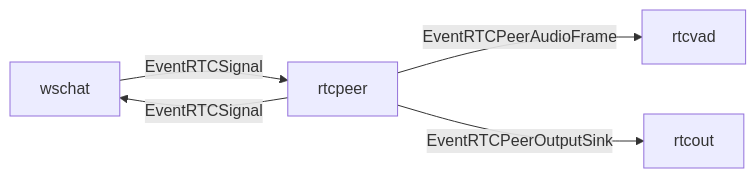
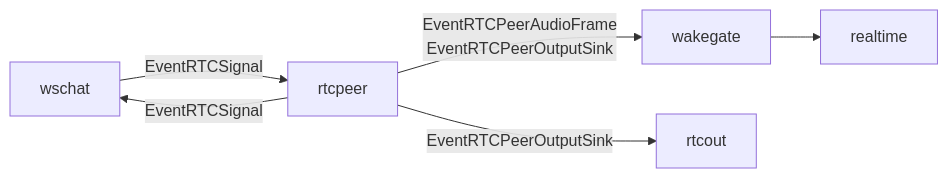
One commit to tetetratra/smart-speaker changed the diagram in docs/components/rtcpeer.md. Above: the diagram before and after it, drawn with Mermaid. The commit also changed other lines of this file and 56 other files, not shown here.

````diff
--- a/docs/components/rtcpeer.md
+++ b/docs/components/rtcpeer.md
@@ -53,7 +53,8 @@
 ```mermaid
 flowchart LR
   WS["wschat"] -->|"EventRTCSignal"| RTCPeer["rtcpeer"]
   RTCPeer -->|"EventRTCSignal"| WS
-  RTCPeer -->|"EventRTCPeerAudioFrame"| VAD["rtcvad"]
+  RTCPeer -->|"EventRTCPeerAudioFrame<br/>EventRTCPeerOutputSink"| Wake["wakegate"]
+  Wake --> RT["realtime"]
   RTCPeer -->|"EventRTCPeerOutputSink"| Out["rtcout"]
 ```
````
